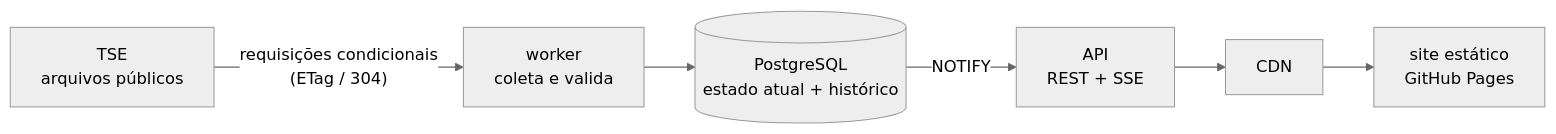
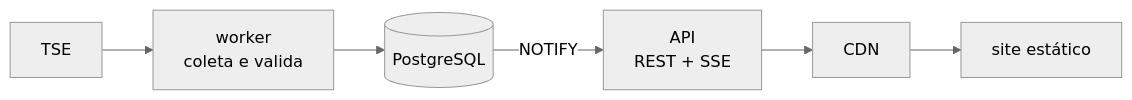
Before and after one commit to lucianookdp/eleicoes-brasil: the diagram in README.md, drawn with Mermaid (neutral theme). The commit also changed other lines of this file, not shown here.

````diff
--- a/README.md
+++ b/README.md
@@ -98,8 +33,7 @@
 ```mermaid
 flowchart LR
-  TSE["TSE<br/>arquivos públicos"] -->|"requisições condicionais<br/>(ETag / 304)"| W["worker<br/>coleta e valida"]
-  W --> DB[("PostgreSQL<br/>estado atual + histórico")]
-  DB -->|"NOTIFY"| API["API<br/>REST + SSE"]
-  API --> CDN["CDN"]
-  CDN --> WEB["site estático<br/>GitHub Pages"]
+  TSE["TSE"] --> W["worker<br/>coleta e valida"]
+  W --> DB[("PostgreSQL")]
+  DB -->|NOTIFY| API["API<br/>REST + SSE"]
+  API --> CDN --> WEB["site estático"]
 ```
````
